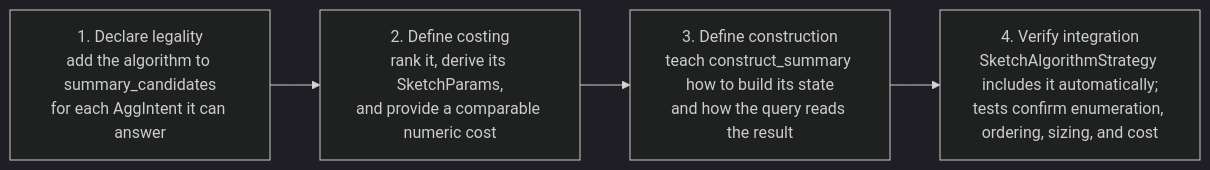
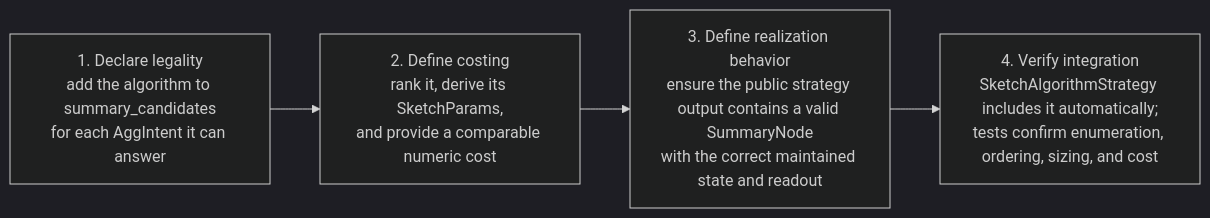
Before and after one commit to ProjectASAP/ASAPPlanner: the sixth of 6 diagrams in docs/developer_docs/ASAP-aware-mapping-developer-guide.md, drawn with Mermaid (dark theme). The commit also changed other lines of this file, not shown here.

Commit message:
docs(asap-aware-mapping): document only public extension APIs

````diff
--- a/docs/developer_docs/ASAP-aware-mapping-developer-guide.md
+++ b/docs/developer_docs/ASAP-aware-mapping-developer-guide.md
@@ -1232,7 +1220,7 @@
 ```mermaid
 flowchart LR
   MAP["1. Declare legality<br/>add the algorithm to summary_candidates<br/>for each AggIntent it can answer"]
   MAP --> MODEL["2. Define costing<br/>rank it, derive its SketchParams,<br/>and provide a comparable numeric cost"]
-  MODEL --> BUILD["3. Define construction<br/>teach construct_summary how to build its state<br/>and how the query reads the result"]
+  MODEL --> BUILD["3. Define realization behavior<br/>ensure the public strategy output contains a valid SummaryNode<br/>with the correct maintained state and readout"]
   BUILD --> ENUM["4. Verify integration<br/>SketchAlgorithmStrategy includes it automatically;<br/>tests confirm enumeration, ordering, sizing, and cost"]
 ```
````
